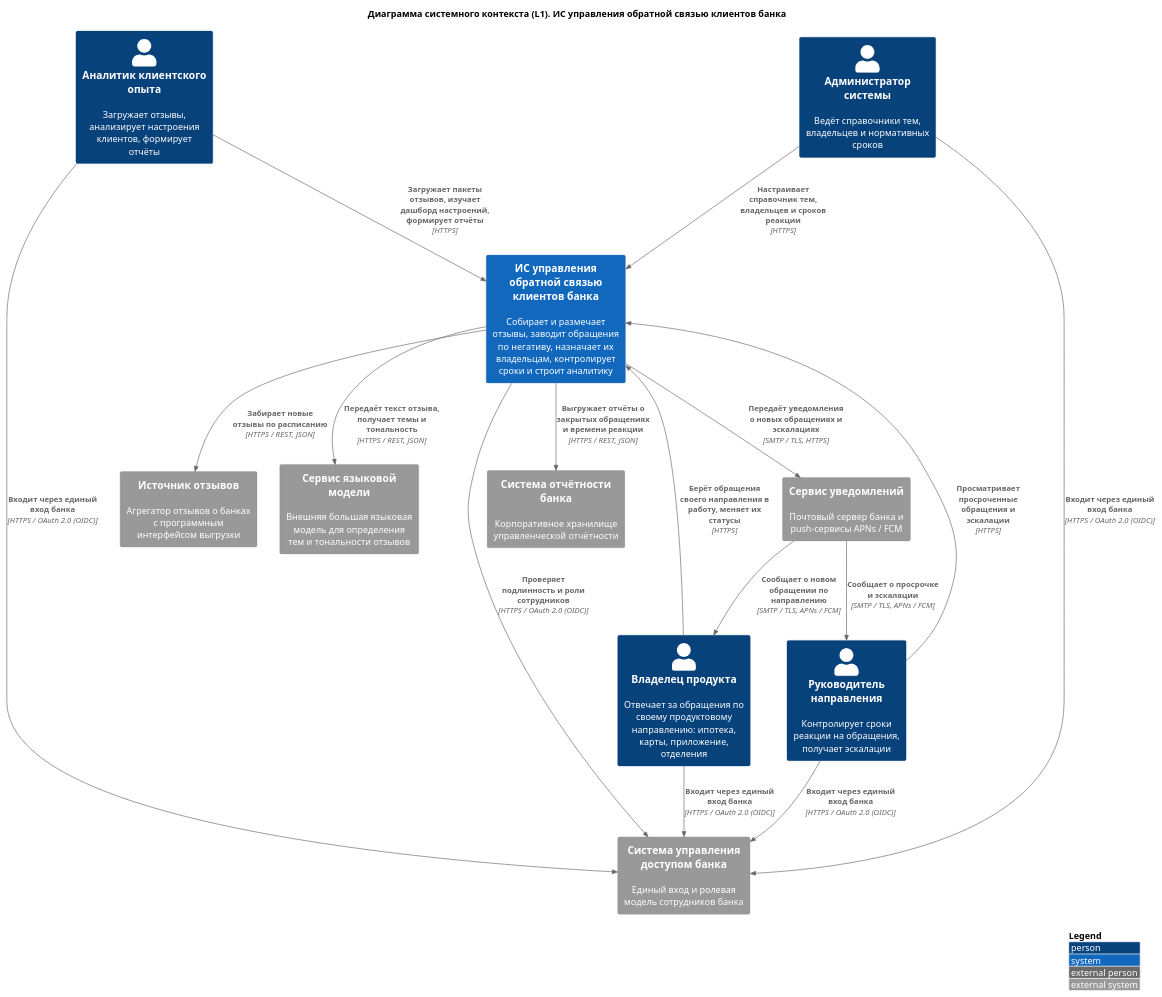
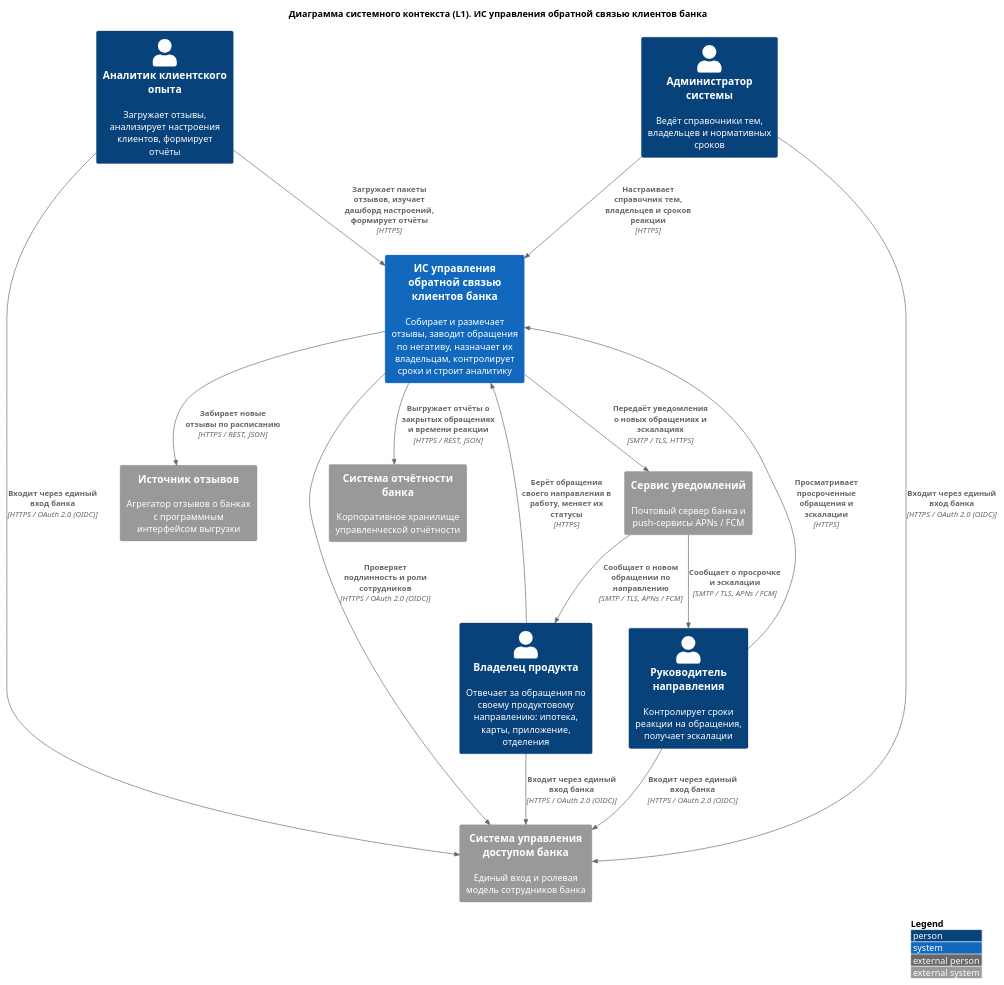
One commit to DigitalTweens13/ISFeedBank changed the diagram in src/context_l1.puml. Above: the diagram before and after it, drawn with PlantUML. The commit also changed 4 other files, not shown here.

```diff
--- a/src/context_l1.puml
+++ b/src/context_l1.puml
@@ -1,50 +1,48 @@
 @startuml "context_l1.puml"
 !include https://raw.githubusercontent.com/plantuml-stdlib/C4-PlantUML/master/C4_Context.puml
 
 ' ============================================================
 ' ГЛОССАРИЙ ID (единый для всей команды, менять только через ТЛ)
 ' Персоны:        cx_analyst, product_owner, head_of_direction, admin
 ' Система:        feedback_system
 ' Контейнеры:     web_panel, mobile_app, api_backend, labeling_worker,
 '                 background_worker, message_broker, database, cache
 ' Внешние:        review_source, llm_service, notify_service,
 '                 reporting_system, bank_iam
 ' Правила: только Rel(); без Rel_D/R/L/U; без skinparam в личных файлах;
 '          у каждой связи одно действие и протокол.
 ' Описания элементов одинаковы в общей и во всех личных версиях.
 ' ============================================================
 
 LAYOUT_WITH_LEGEND()
 
 title Диаграмма системного контекста (L1). ИС управления обратной связью клиентов банка
 
 Person(cx_analyst, "Аналитик клиентского опыта", "Загружает отзывы, анализирует настроения клиентов, формирует отчёты")
 Person(product_owner, "Владелец продукта", "Отвечает за обращения по своему продуктовому направлению: ипотека, карты, приложение, отделения")
 Person(head_of_direction, "Руководитель направления", "Контролирует сроки реакции на обращения, получает эскалации")
 Person(admin, "Администратор системы", "Ведёт справочники тем, владельцев и нормативных сроков")
 
 System(feedback_system, "ИС управления обратной связью клиентов банка", "Собирает и размечает отзывы, заводит обращения по негативу, назначает их владельцам, контролирует сроки и строит аналитику")
 
 System_Ext(review_source, "Источник отзывов", "Агрегатор отзывов о банках с программным интерфейсом выгрузки")
-System_Ext(llm_service, "Сервис языковой модели", "Внешняя большая языковая модель для определения тем и тональности отзывов")
 System_Ext(notify_service, "Сервис уведомлений", "Почтовый сервер банка и push-сервисы APNs / FCM")
 System_Ext(reporting_system, "Система отчётности банка", "Корпоративное хранилище управленческой отчётности")
 System_Ext(bank_iam, "Система управления доступом банка", "Единый вход и ролевая модель сотрудников банка")
 
 Rel(cx_analyst, feedback_system, "Загружает пакеты отзывов, изучает дашборд настроений, формирует отчёты", "HTTPS")
 Rel(product_owner, feedback_system, "Берёт обращения своего направления в работу, меняет их статусы", "HTTPS")
 Rel(head_of_direction, feedback_system, "Просматривает просроченные обращения и эскалации", "HTTPS")
 Rel(admin, feedback_system, "Настраивает справочник тем, владельцев и сроков реакции", "HTTPS")
 Rel(cx_analyst, bank_iam, "Входит через единый вход банка", "HTTPS / OAuth 2.0 (OIDC)")
 Rel(product_owner, bank_iam, "Входит через единый вход банка", "HTTPS / OAuth 2.0 (OIDC)")
 Rel(head_of_direction, bank_iam, "Входит через единый вход банка", "HTTPS / OAuth 2.0 (OIDC)")
 Rel(admin, bank_iam, "Входит через единый вход банка", "HTTPS / OAuth 2.0 (OIDC)")
 Rel(feedback_system, review_source, "Забирает новые отзывы по расписанию", "HTTPS / REST, JSON")
-Rel(feedback_system, llm_service, "Передаёт текст отзыва, получает темы и тональность", "HTTPS / REST, JSON")
 Rel(feedback_system, notify_service, "Передаёт уведомления о новых обращениях и эскалациях", "SMTP / TLS, HTTPS")
 Rel(feedback_system, reporting_system, "Выгружает отчёты о закрытых обращениях и времени реакции", "HTTPS / REST, JSON")
 Rel(feedback_system, bank_iam, "Проверяет подлинность и роли сотрудников", "HTTPS / OAuth 2.0 (OIDC)")
 Rel(notify_service, product_owner, "Сообщает о новом обращении по направлению", "SMTP / TLS, APNs / FCM")
 Rel(notify_service, head_of_direction, "Сообщает о просрочке и эскалации", "SMTP / TLS, APNs / FCM")
 
 @enduml
```
